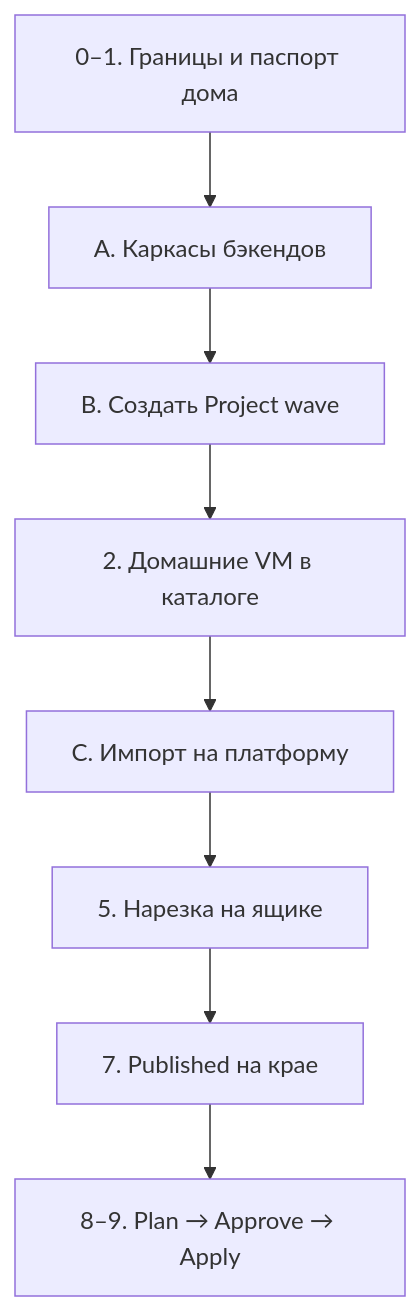
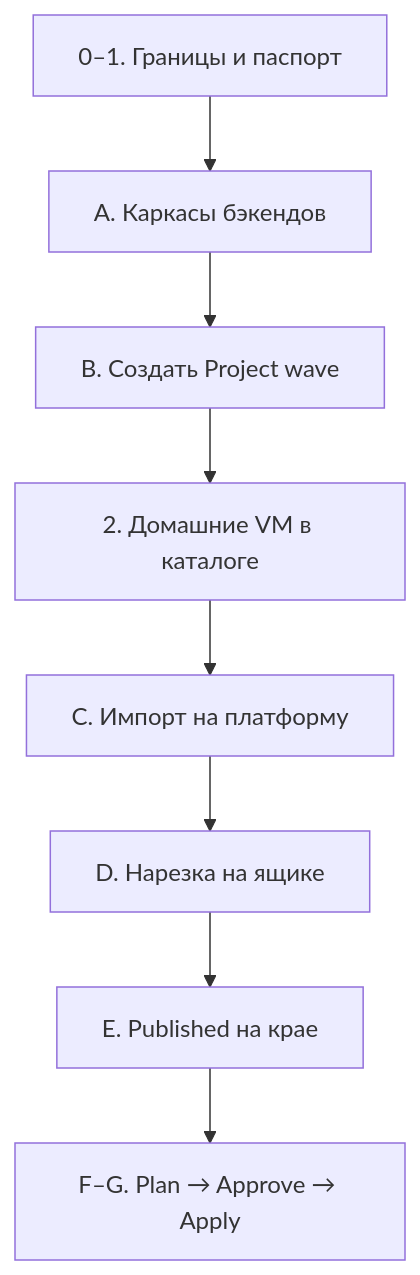
The first of 2 diagrams in docs/adr/02-control-plane/network/0028.1-wave-home-import-plan.md (vinogradovia/ansible-devops-uslugi), drawn with Mermaid before and after one commit. The commit also changed other lines of this file, not shown here.

````diff
--- a/docs/adr/02-control-plane/network/0028.1-wave-home-import-plan.md
+++ b/docs/adr/02-control-plane/network/0028.1-wave-home-import-plan.md
@@ -31,18 +27,18 @@
 ```mermaid
 flowchart TB
-  Prep[0–1. Границы и паспорт дома]
+  Prep[0–1. Границы и паспорт]
   A[A. Каркасы бэкендов]
   B[B. Создать Project wave]
   C[C. Импорт на платформу]
-  Net5[5. Нарезка на ящике]
-  Net7[7. Published на крае]
-  Later[8–9. Plan → Approve → Apply]
+  Net5[D. Нарезка на ящике]
+  Net7[E. Published на крае]
+  Later[F–G. Plan → Approve → Apply]
 
   Prep --> A
   A --> B
   B --> Mark[2. Домашние VM в каталоге]
   Mark --> C
   C --> Net5
   Net5 --> Net7
   Net7 --> Later
 ```
````
